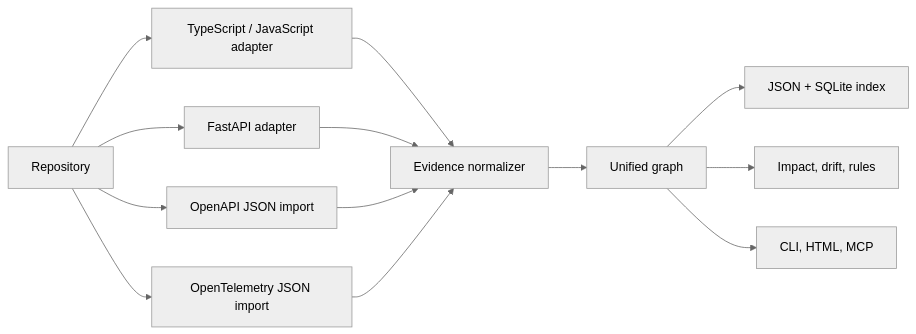
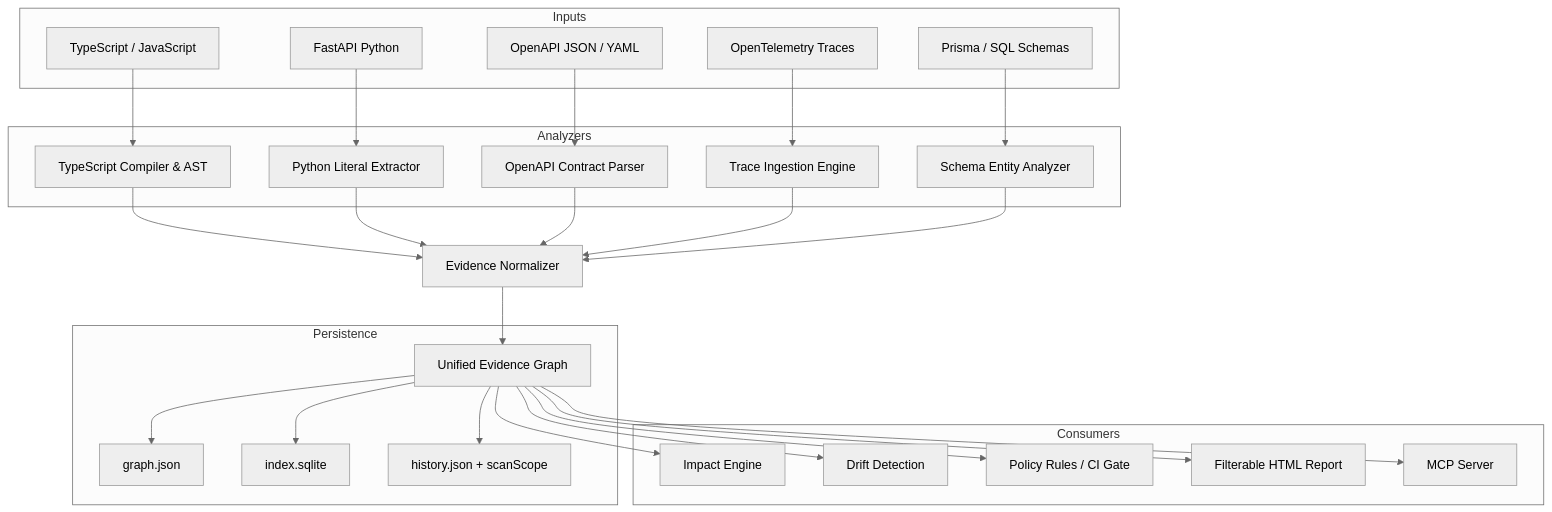
Before and after one commit to MilindSaini/RepoPath: the diagram in docs/ARCHITECTURE.md, drawn with Mermaid (neutral theme). The commit also changed other lines of this file and 23 other files, not shown here.

First line of the commit message:
Add comprehensive tests for graph validation, scanner service, AI engine, and dashboard UI

````diff
--- a/docs/ARCHITECTURE.md
+++ b/docs/ARCHITECTURE.md
@@ -3,15 +3,40 @@
 ```mermaid
-flowchart LR
-  A[Repository] --> B[TypeScript / JavaScript adapter]
-  A --> C[FastAPI adapter]
-  A --> J[OpenAPI JSON import]
-  A --> K[OpenTelemetry JSON import]
-  B --> D[Evidence normalizer]
-  C --> D
-  J --> D
-  K --> D
-  D --> E[Unified graph]
-  E --> F[JSON + SQLite index]
-  E --> G[Impact, drift, rules]
-  E --> H[CLI, HTML, MCP]
+flowchart TD
+  subgraph Inputs
+    A[TypeScript / JavaScript]
+    B[FastAPI Python]
+    C[OpenAPI JSON / YAML]
+    D[OpenTelemetry Traces]
+    E[Prisma / SQL Schemas]
+  end
+
+  subgraph Analyzers
+    A --> A1[TypeScript Compiler & AST]
+    B --> B1[Python Literal Extractor]
+    C --> C1[OpenAPI Contract Parser]
+    D --> D1[Trace Ingestion Engine]
+    E --> E1[Schema Entity Analyzer]
+  end
+
+  A1 --> Norm[Evidence Normalizer]
+  B1 --> Norm
+  C1 --> Norm
+  D1 --> Norm
+  E1 --> Norm
+
+  Norm --> Graph[Unified Evidence Graph]
+
+  subgraph Persistence
+    Graph --> Json[graph.json]
+    Graph --> Sqlite[index.sqlite]
+    Graph --> Hist[history.json + scanScope]
+  end
+
+  subgraph Consumers
+    Graph --> Impact[Impact Engine]
+    Graph --> Drift[Drift Detection]
+    Graph --> Rules[Policy Rules / CI Gate]
+    Graph --> Html[Filterable HTML Report]
+    Graph --> Mcp[MCP Server]
+  end
 ```
````
